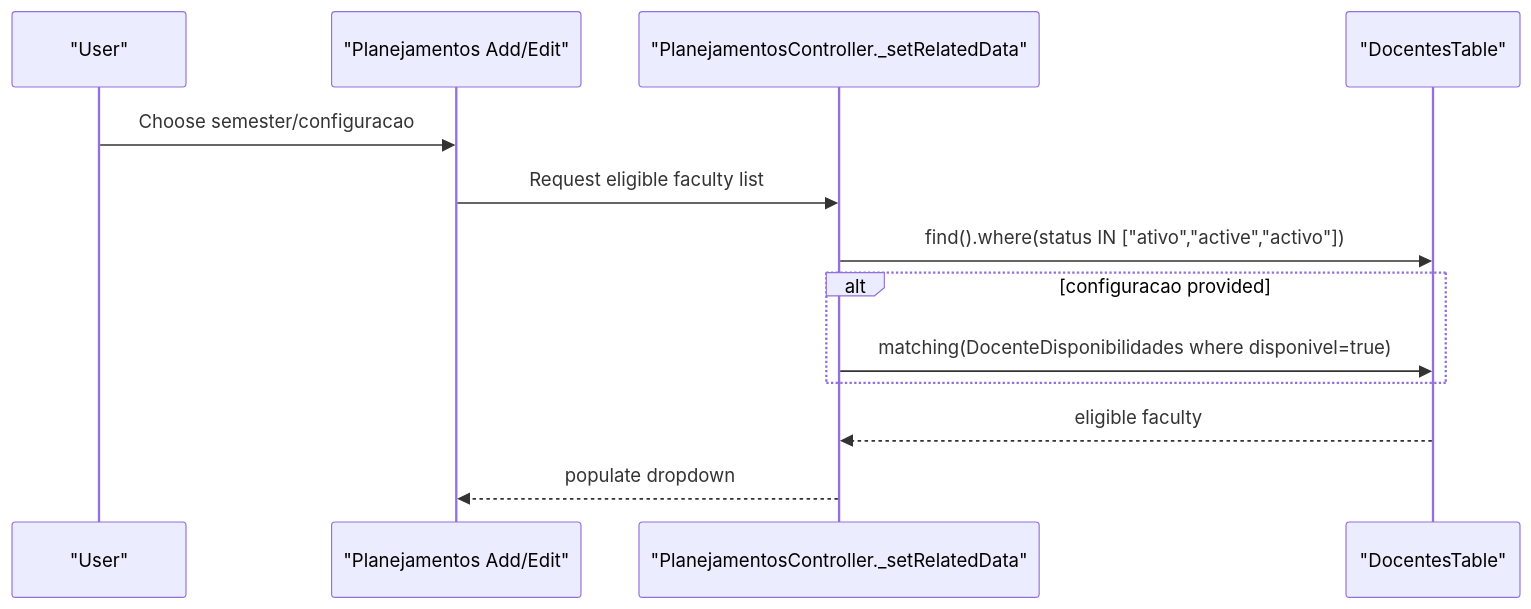
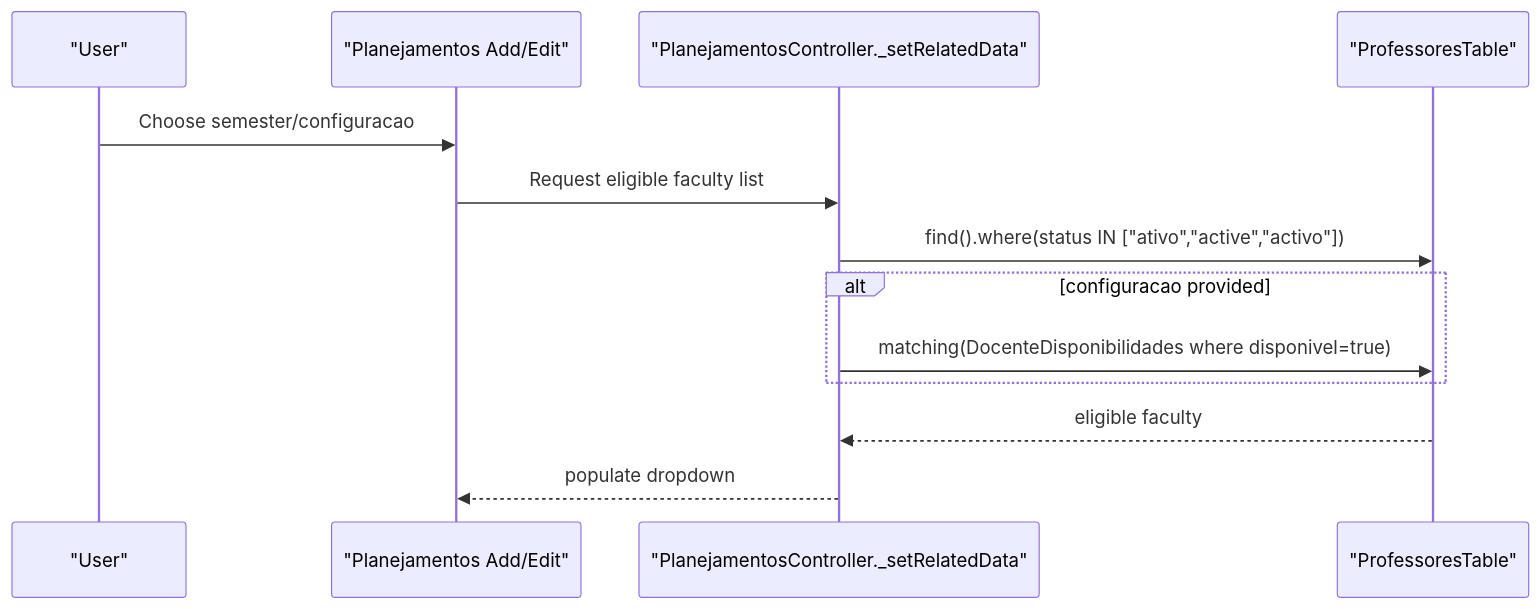
Before and after one commit to luiseduacosta/planejamento5: the sixth of 8 diagrams in .qoder/repowiki/en/content/Core Features/Faculty Management/Faculty Status Tracking.md, drawn with Mermaid. The commit also changed other lines of this file and 37 other files, not shown here.

Commit message:
repowiki: rename Docentes → Professores in metadata

````diff
--- a/.qoder/repowiki/en/content/Core Features/Faculty Management/Faculty Status Tracking.md
+++ b/.qoder/repowiki/en/content/Core Features/Faculty Management/Faculty Status Tracking.md
@@ -240,15 +240,15 @@
 ```mermaid
 sequenceDiagram
 participant U as "User"
 participant VC as "Planejamentos Add/Edit"
 participant PC as "PlanejamentosController._setRelatedData"
-participant DT as "DocentesTable"
+participant DT as "ProfessoresTable"
 U->>VC : Choose semester/configuracao
 VC->>PC : Request eligible faculty list
 PC->>DT : find().where(status IN ["ativo","active","activo"])
 alt configuracao provided
 PC->>DT : matching(DocenteDisponibilidades where disponivel=true)
 end
 DT-->>PC : eligible faculty
 PC-->>VC : populate dropdown
 ```
````
